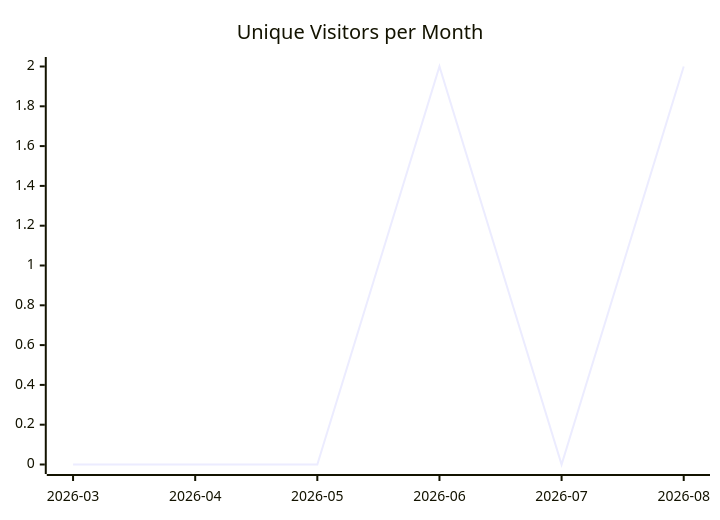
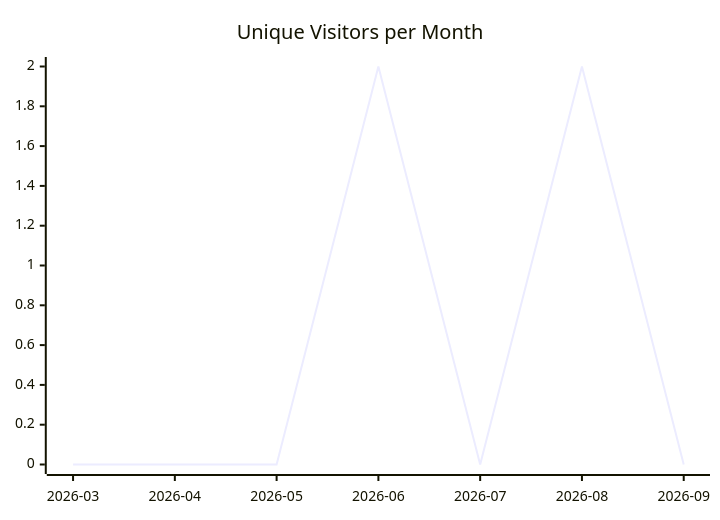
The first of 3 diagrams in karlmdavis/ansible-role-ldap/README.md (justdavis-family/github-analytics-data), drawn with Mermaid before and after one commit. The commit also changed other lines of this file and 191 other files, not shown here.

````diff
--- a/karlmdavis/ansible-role-ldap/README.md
+++ b/karlmdavis/ansible-role-ldap/README.md
@@ -5,6 +5,6 @@
 ```mermaid
 xychart-beta
   title "Unique Visitors per Month"
-  x-axis ["2026-03", "2026-04", "2026-05", "2026-06", "2026-07", "2026-08"]
-  line [0, 0, 0, 2, 0, 2]
+  x-axis ["2026-03", "2026-04", "2026-05", "2026-06", "2026-07", "2026-08", "2026-09"]
+  line [0, 0, 0, 2, 0, 2, 0]
 ```
````
